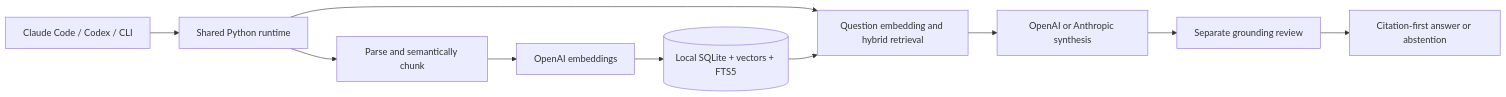
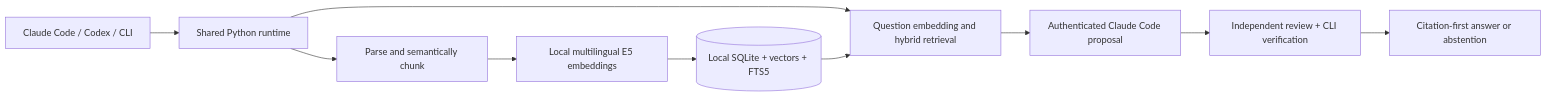
The diagram in README.md (Seungwoo321/mimir-rag), drawn with Mermaid before and after one commit. The commit also changed other lines of this file and 33 other files, not shown here.

Commit message:
feat: replace OpenAI inference with local embeddings and Claude

````diff
--- a/README.md
+++ b/README.md
@@ -18,12 +18,12 @@
 ```mermaid
 flowchart LR
     H[Claude Code / Codex / CLI] --> R[Shared Python runtime]
     R --> P[Parse and semantically chunk]
-    P --> E[OpenAI embeddings]
+    P --> E[Local multilingual E5 embeddings]
     E --> DB[(Local SQLite + vectors + FTS5)]
     R --> Q[Question embedding and hybrid retrieval]
     DB --> Q
-    Q --> S[OpenAI or Anthropic synthesis]
-    S --> V[Separate grounding review]
+    Q --> S[Authenticated Claude Code proposal]
+    S --> V[Independent review + CLI verification]
     V --> A[Citation-first answer or abstention]
 ```
````
